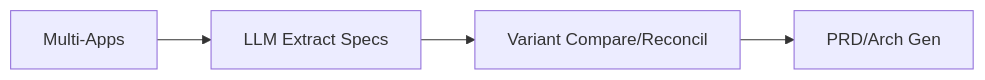
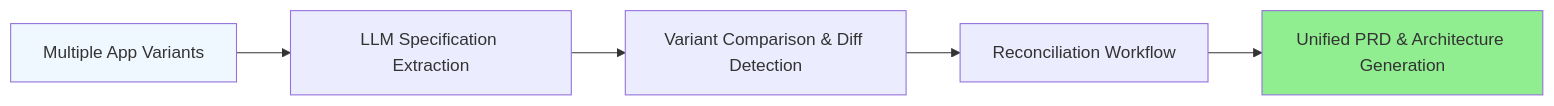
The diagram in README.md (benneberg/unispec), drawn with Mermaid before and after one commit. The commit also changed other lines of this file, not shown here.

````diff
--- a/README.md
+++ b/README.md
@@ -40,6 +86,10 @@
 ```mermaid
 graph LR
-    A[Multi-Apps] --> B[LLM Extract Specs]
-    B --> C[Variant Compare/Reconcil]
-    C --> D[PRD/Arch Gen]
+    A[Multiple App Variants] --> B[LLM Specification Extraction]
+    B --> C[Variant Comparison & Diff Detection]
+    C --> D[Reconciliation Workflow]
+    D --> E[Unified PRD & Architecture Generation]
+    
+    style A fill:#f0f8ff
+    style E fill:#90EE90
 ```
````
